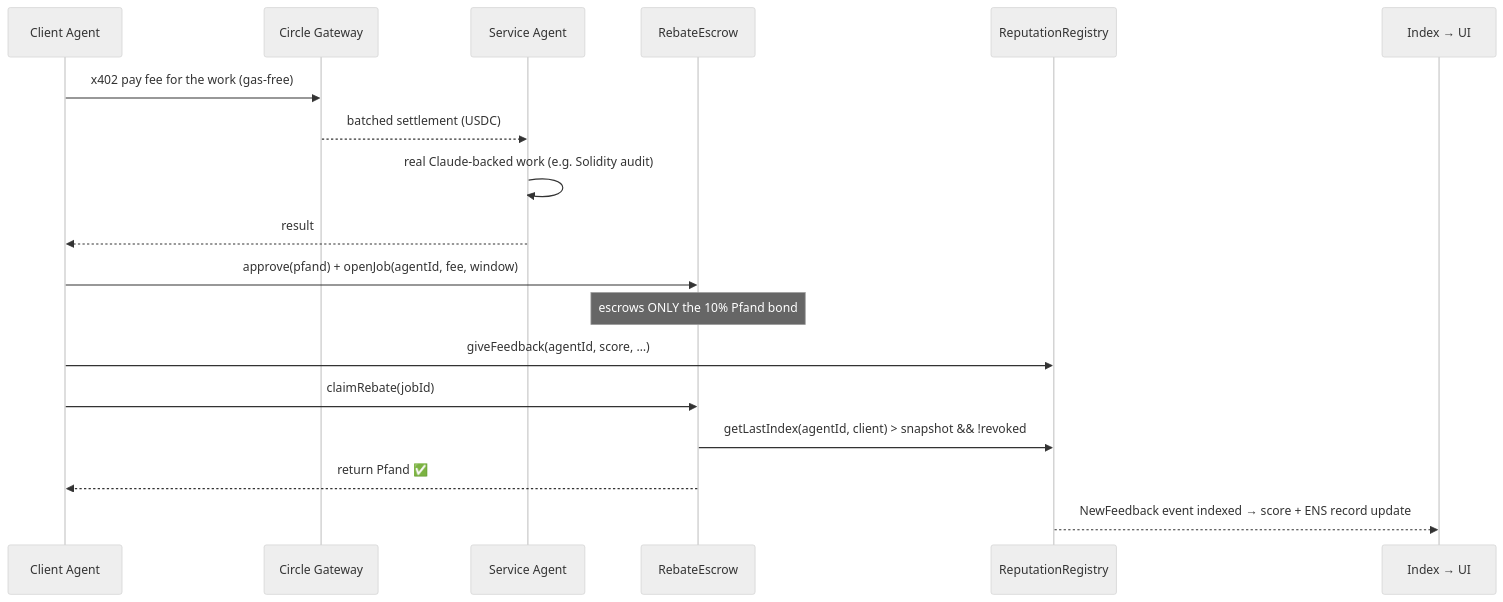
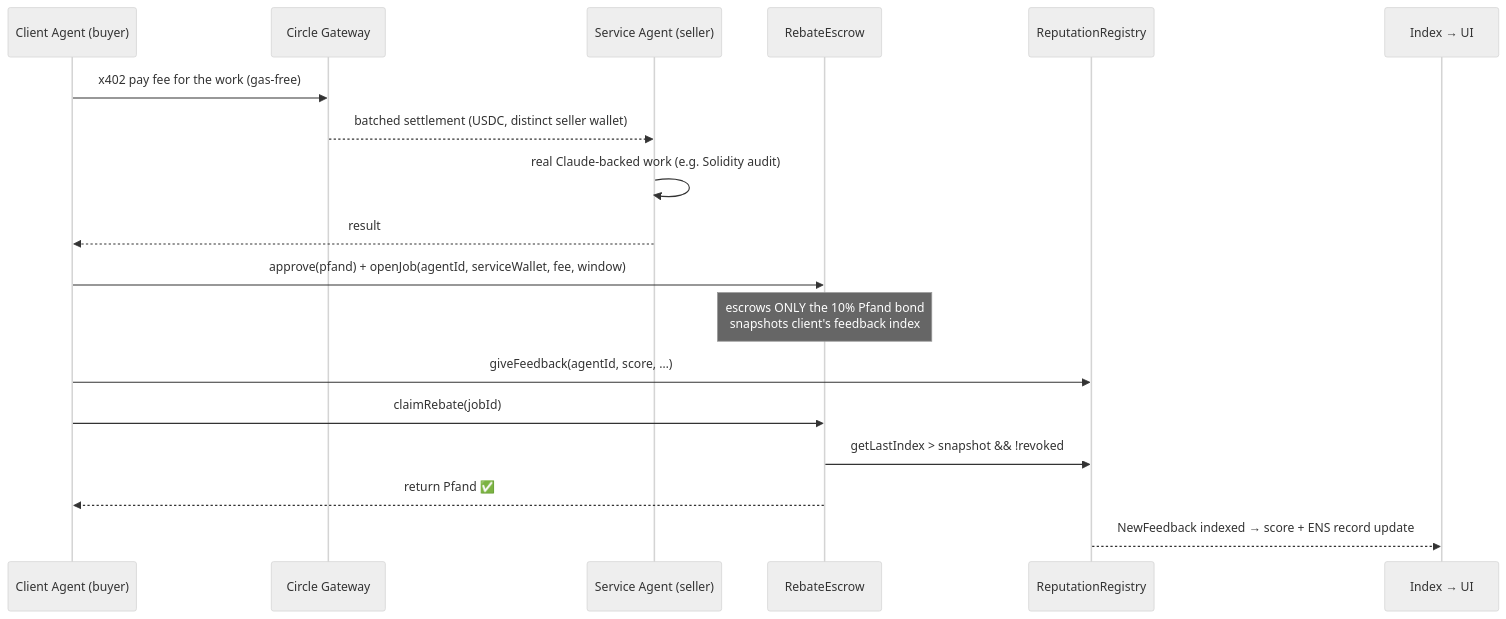
Before and after one commit to lukaske/pfand: the second of 2 diagrams in docs/architecture.md, drawn with Mermaid (neutral theme). The commit also changed other lines of this file and 21 other files, not shown here.

First line of the commit message:
Docs (STATUS, refreshed submissions + architecture) + unify ENS name to agent8004.eth

````diff
--- a/docs/architecture.md
+++ b/docs/architecture.md
@@ -76,21 +111,21 @@
 ```mermaid
 sequenceDiagram
-    participant C as Client Agent
+    participant C as Client Agent (buyer)
     participant G as Circle Gateway
-    participant S as Service Agent
+    participant S as Service Agent (seller)
     participant E as RebateEscrow
     participant R as ReputationRegistry
     participant I as Index → UI
 
     C->>G: x402 pay fee for the work (gas-free)
-    G-->>S: batched settlement (USDC)
+    G-->>S: batched settlement (USDC, distinct seller wallet)
     S->>S: real Claude-backed work (e.g. Solidity audit)
     S-->>C: result
-    C->>E: approve(pfand) + openJob(agentId, fee, window)
-    Note over E: escrows ONLY the 10% Pfand bond
+    C->>E: approve(pfand) + openJob(agentId, serviceWallet, fee, window)
+    Note over E: escrows ONLY the 10% Pfand bond<br/>snapshots client's feedback index
     C->>R: giveFeedback(agentId, score, …)
     C->>E: claimRebate(jobId)
-    E->>R: getLastIndex(agentId, client) > snapshot && !revoked
-    E-->>C: return Pfand  ✅
-    R-->>I: NewFeedback event indexed → score + ENS record update
+    E->>R: getLastIndex > snapshot && !revoked
+    E-->>C: return Pfand ✅
+    R-->>I: NewFeedback indexed → score + ENS record update
 ```
````
